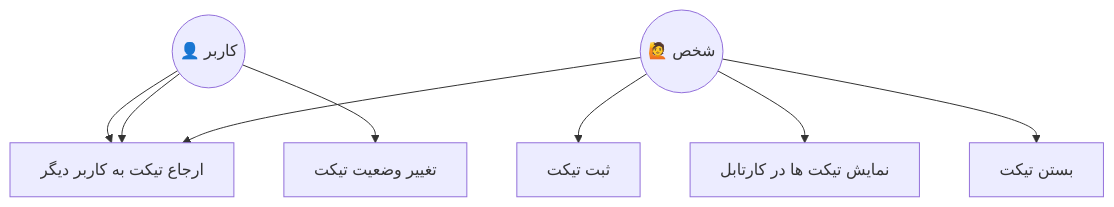
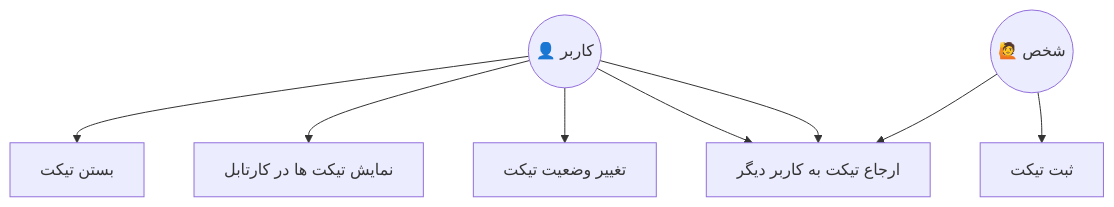
One commit to samadelmakchi/blogs changed the diagram in ticketing.md. Above: the diagram before and after it, drawn with Mermaid.

````diff
--- a/ticketing.md
+++ b/ticketing.md
@@ -52,16 +52,16 @@
 ```mermaid
 
 graph TD
   actor1((👤 کاربر))
   actor2((🙋 شخص))
 
   actor2 --> UC1[ثبت تیکت]
   actor2 --> UC2[لیست تیکت ها]
 
   actor1 --> UC2
   actor1 --> UC2[ارجاع تیکت به کاربر دیگر]
   actor1 --> UC3[تغییر وضعیت تیکت]
-  actor2 --> UC4[نمایش تیکت ها در کارتابل]
-  actor2 --> UC5[بستن تیکت]
+  actor1 --> UC4[نمایش تیکت ها در کارتابل]
+  actor1 --> UC5[بستن تیکت]
 
 ```
````
